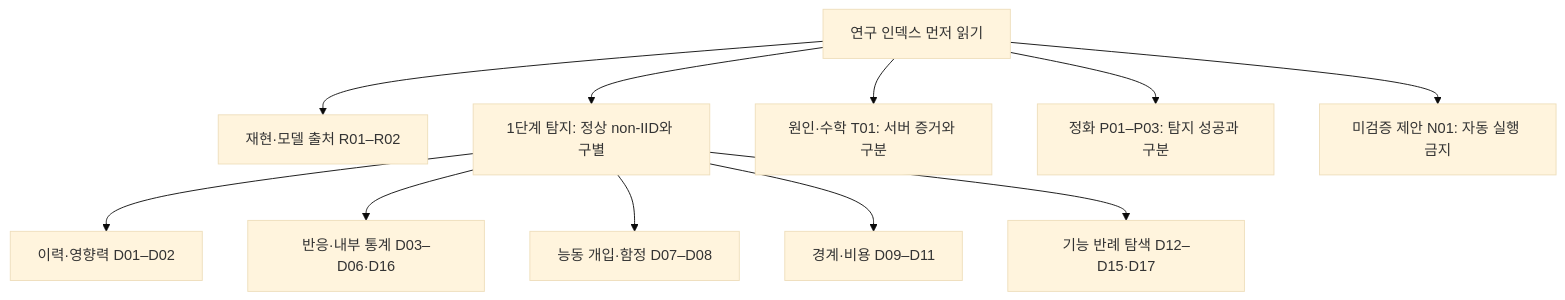
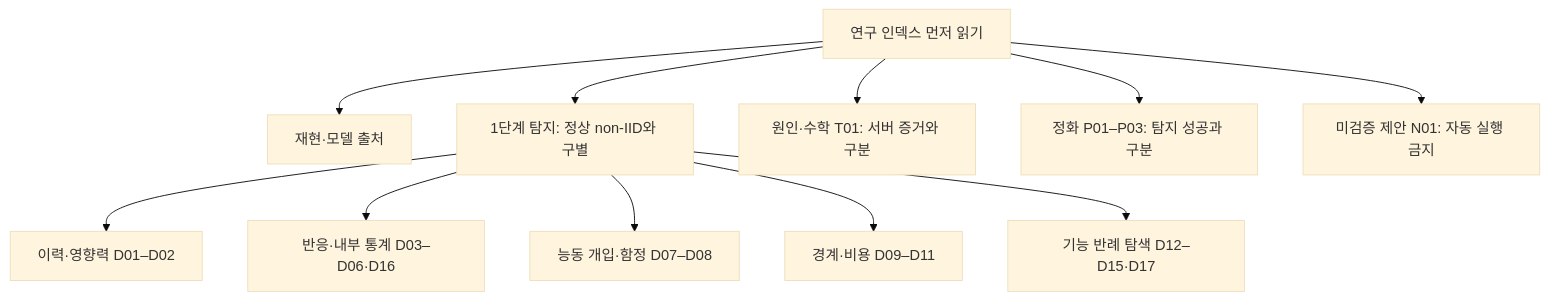
The diagram in research/INDEX.md (sijoon-sung/badfu_2), drawn with Mermaid (base theme) before and after one commit. The commit also changed other lines of this file and 11 other files, not shown here.

````diff
--- a/research/INDEX.md
+++ b/research/INDEX.md
@@ -45,13 +45,13 @@
 ```mermaid
 flowchart TD
-    A["연구 인덱스 먼저 읽기"] --> R["재현·모델 출처 R01–R02"]
+    A["연구 인덱스 먼저 읽기"] --> R["재현·모델 출처"]
     A --> D["1단계 탐지: 정상 non-IID와 구별"]
     D --> H["이력·영향력 D01–D02"]
     D --> M["반응·내부 통계 D03–D06·D16"]
     D --> I["능동 개입·함정 D07–D08"]
     D --> C["경계·비용 D09–D11"]
     D --> W["기능 반례 탐색 D12–D15·D17"]
     A --> T["원인·수학 T01: 서버 증거와 구분"]
     A --> P["정화 P01–P03: 탐지 성공과 구분"]
     A --> N["미검증 제안 N01: 자동 실행 금지"]
 ```
````
